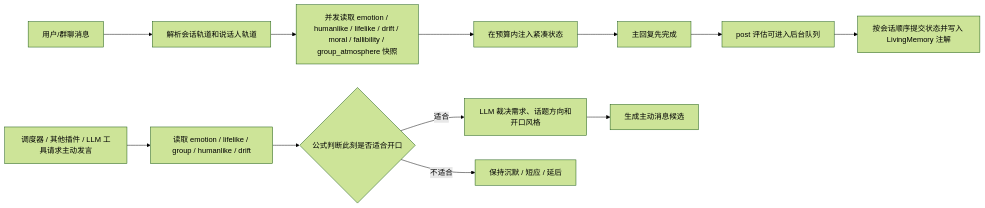
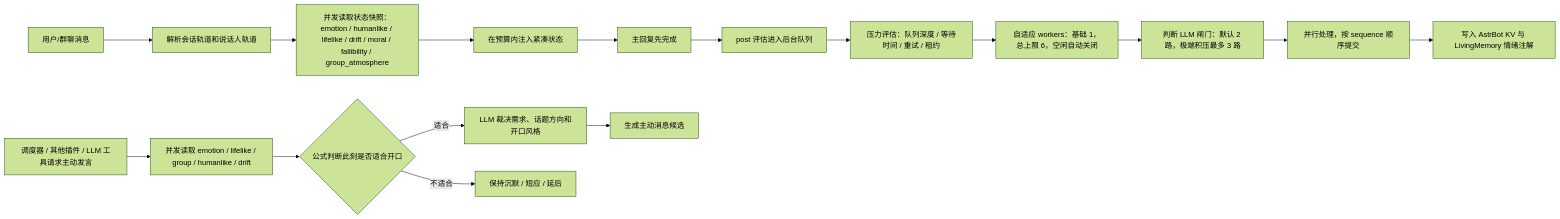
One commit to Ayleovelle/astrbot_plugin_sylanne changed the first of 2 diagrams in README.md. Above: the diagram before and after it, drawn with Mermaid (forest theme). The commit also changed other lines of this file and 12 other files, not shown here.

````diff
--- a/README.md
+++ b/README.md
@@ -116,15 +119,19 @@
 ```mermaid
 flowchart LR
   A["用户/群聊消息"] --> B["解析会话轨道和说话人轨道"]
-  B --> C["并发读取 emotion / humanlike / lifelike / drift / moral / fallibility / group_atmosphere 快照"]
+  B --> C["并发读取状态快照：emotion / humanlike / lifelike / drift / moral / fallibility / group_atmosphere"]
   C --> D["在预算内注入紧凑状态"]
   D --> E["主回复先完成"]
-  E --> F["post 评估可进入后台队列"]
-  F --> G["按会话顺序提交状态并写入 LivingMemory 注解"]
+  E --> F["post 评估进入后台队列"]
+  F --> G["压力评估：队列深度 / 等待时间 / 重试 / 租约"]
+  G --> H["自适应 workers：基础 1，总上限 6，空闲自动关闭"]
+  H --> I["判断 LLM 闸门：默认 2 路，极端积压最多 3 路"]
+  I --> J["并行处理，按 sequence 顺序提交"]
+  J --> Q["写入 AstrBot KV 与 LivingMemory 情绪注解"]
 
-  H["调度器 / 其他插件 / LLM 工具请求主动发言"] --> I["读取 emotion / lifelike / group / humanlike / drift"]
-  I --> J{"公式判断此刻是否适合开口"}
-  J -- "适合" --> K["LLM 裁决需求、话题方向和开口风格"]
-  J -- "不适合" --> L["保持沉默 / 短应 / 延后"]
-  K --> M["生成主动消息候选"]
+  K["调度器 / 其他插件 / LLM 工具请求主动发言"] --> L["并发读取 emotion / lifelike / group / humanlike / drift"]
+  L --> M{"公式判断此刻是否适合开口"}
+  M -- "适合" --> N["LLM 裁决需求、话题方向和开口风格"]
+  M -- "不适合" --> O["保持沉默 / 短应 / 延后"]
+  N --> P["生成主动消息候选"]
 ```
````
